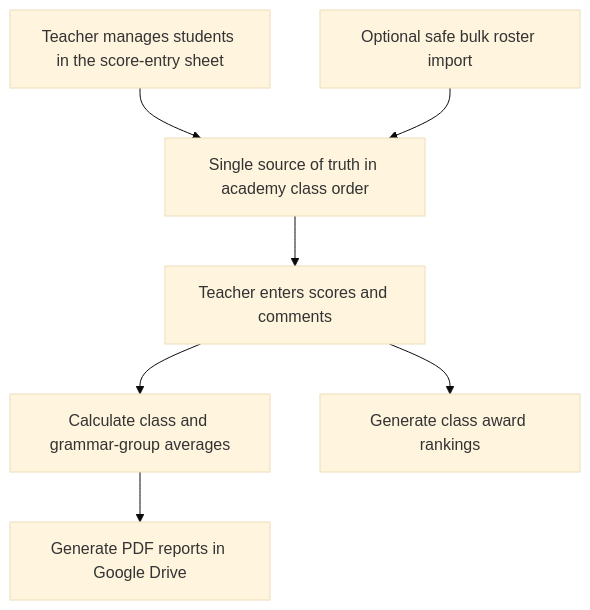
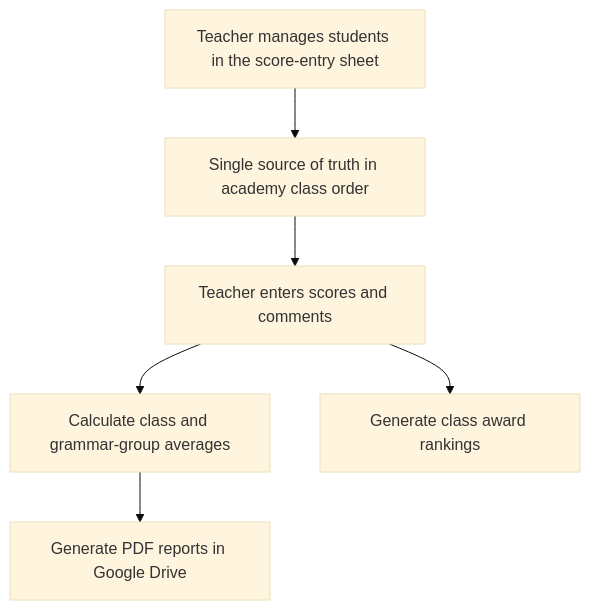
The diagram in README.md (peter246412-tech/academy-report-card-automation), drawn with Mermaid (base theme) before and after one commit. The commit also changed other lines of this file and 1 other file, not shown here.

````diff
--- a/README.md
+++ b/README.md
@@ -17,9 +17,8 @@
 ```mermaid
 flowchart TD
     A[Teacher manages students in the score-entry sheet] --> C[Single source of truth in academy class order]
-    B[Optional safe bulk roster import] --> C
     C --> D[Teacher enters scores and comments]
     D --> E[Calculate class and grammar-group averages]
     E --> F[Generate PDF reports in Google Drive]
     D --> G[Generate class award rankings]
 ```
````
